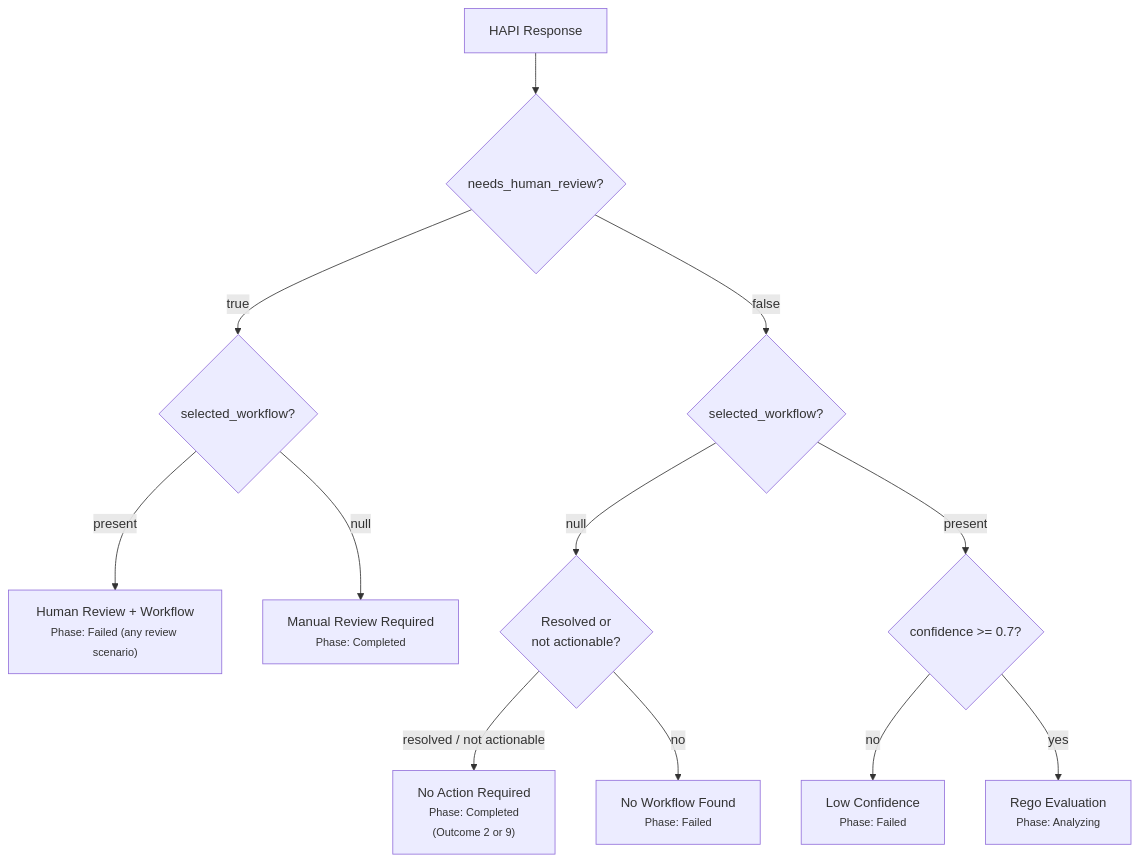
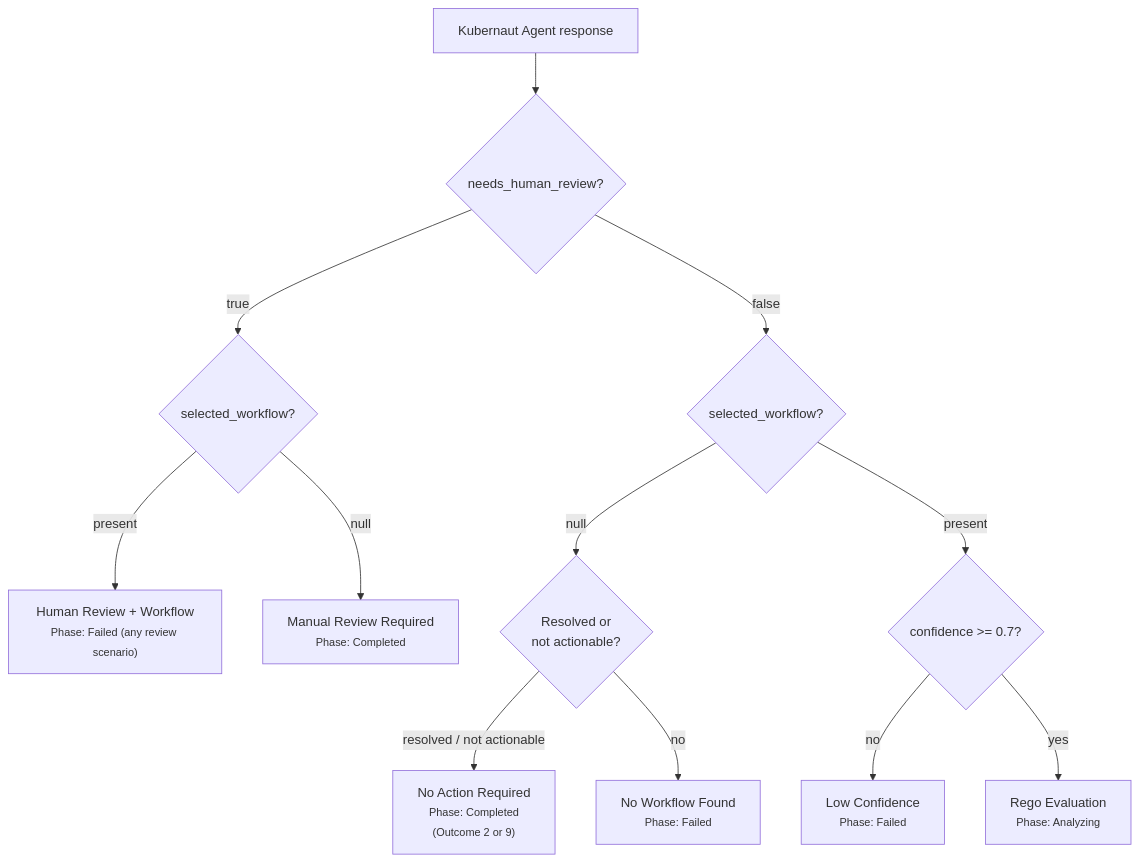
Before and after one commit to jordigilh/kubernaut-docs: the third of 3 diagrams in docs/architecture/hapi-investigation.md, drawn with Mermaid. The commit also changed other lines of this file and 44 other files, not shown here.

First line of the commit message:
docs: rename holmesgpt-api to kubernaut-agent across all docs (v1.3)

````diff
--- a/docs/architecture/hapi-investigation.md
+++ b/docs/architecture/hapi-investigation.md
@@ -433,14 +433,14 @@
 ```mermaid
 flowchart TD
-    HAPI["HAPI Response"] --> NHR{"needs_human_review?"}
+    KA["Kubernaut Agent response"] --> NHR{"needs_human_review?"}
     NHR -->|true| HasWFReview{"selected_workflow?"}
     HasWFReview -->|present| HRFailed["Human Review + Workflow<br/><small>Phase: Failed (any review scenario)</small>"]
     HasWFReview -->|null| HRCompleted["Manual Review Required<br/><small>Phase: Completed</small>"]
     NHR -->|false| HasWF{"selected_workflow?"}
     HasWF -->|null| Resolved{"Resolved or<br/>not actionable?"}
     HasWF -->|present| Confidence{"confidence >= 0.7?"}
     Resolved -->|"resolved / not actionable"| NoAction["No Action Required<br/><small>Phase: Completed<br/>(Outcome 2 or 9)</small>"]
     Resolved -->|no| NoWFFailure["No Workflow Found<br/><small>Phase: Failed</small>"]
     Confidence -->|no| LowConf["Low Confidence<br/><small>Phase: Failed</small>"]
     Confidence -->|yes| Rego["Rego Evaluation<br/><small>Phase: Analyzing</small>"]
 ```
````
